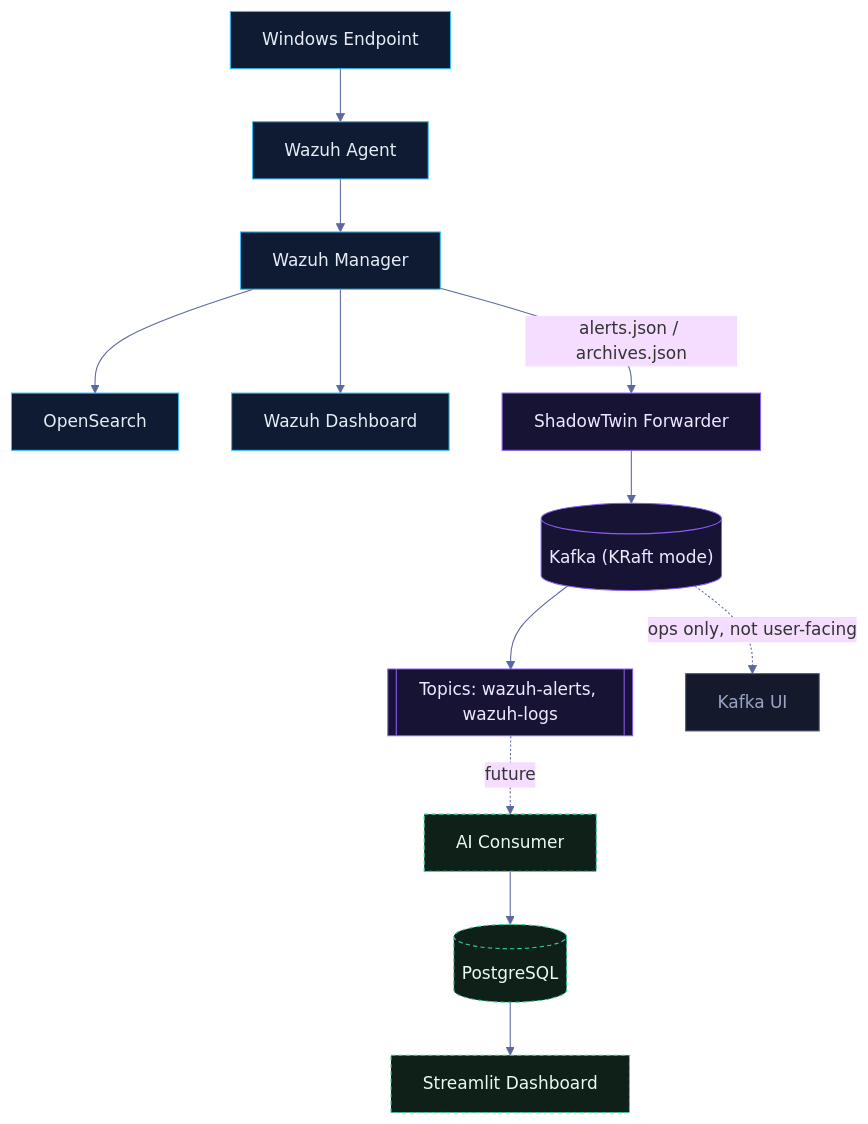
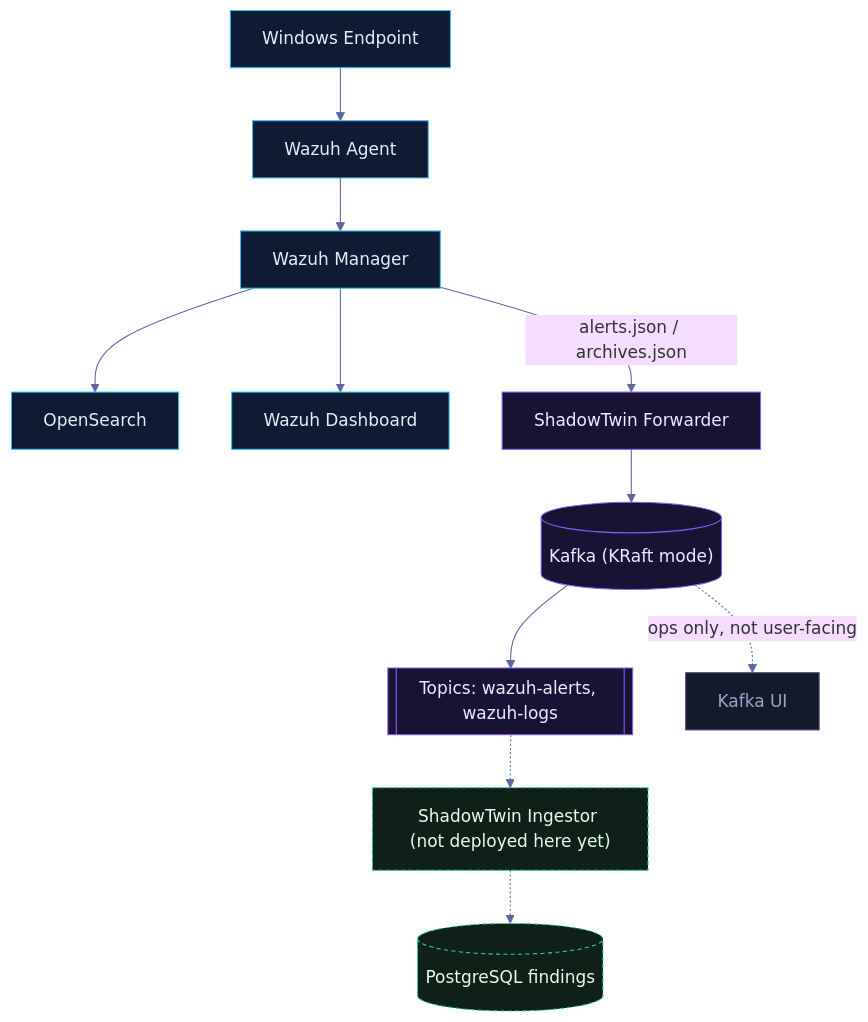
One commit to Aakhri-Pastaa/ShadowTwin changed the diagram in docs/TOPOLOGY.md. Above: the diagram before and after it, drawn with Mermaid. The commit also changed other lines of this file and 23 other files, not shown here.

First line of the commit message:
feat: ingestor — Kafka to PostgreSQL findings store, exactly once per alert (v1.2.0) (#12)

````diff
--- a/docs/TOPOLOGY.md
+++ b/docs/TOPOLOGY.md
@@ -10,24 +10,23 @@
 ```mermaid
 %%{init: {'theme':'base','themeVariables':{'fontFamily':'Segoe UI, system-ui, sans-serif','lineColor':'#5b67a0','clusterBkg':'#0f1526','clusterBorder':'#2b3566'}}}%%
 flowchart TD
     EP["Windows Endpoint"] --> AG["Wazuh Agent"]
     AG --> MGR["Wazuh Manager"]
     MGR --> OS["OpenSearch"]
     MGR --> WD["Wazuh Dashboard"]
     MGR -->|"alerts.json / archives.json"| FWD["ShadowTwin Forwarder"]
     FWD --> BRK[("Kafka (KRaft mode)")]
     BRK --> TOP[["Topics: wazuh-alerts, wazuh-logs"]]
-    TOP -.future.-> AI["AI Consumer"]
-    AI --> DB[("PostgreSQL")]
-    DB --> UI["Streamlit Dashboard"]
+    TOP -.-> ING["ShadowTwin Ingestor (not deployed here yet)"]
+    ING -.-> DB[("PostgreSQL findings")]
     BRK -.ops only, not user-facing.-> KUI["Kafka UI"]
 
     classDef detect fill:#0f1a33,stroke:#38bdf8,color:#e6edf7;
     classDef transport fill:#171334,stroke:#8b5cf6,color:#efe9ff;
     classDef future fill:#0e2018,stroke:#34d399,color:#e7fbef,stroke-dasharray:4 3;
     classDef ops fill:#14192b,stroke:#4a5570,color:#9aa4c4;
     class EP,AG,MGR,OS,WD detect;
     class FWD,BRK,TOP transport;
-    class AI,DB,UI future;
+    class ING,DB future;
     class KUI ops;
 ```
````
